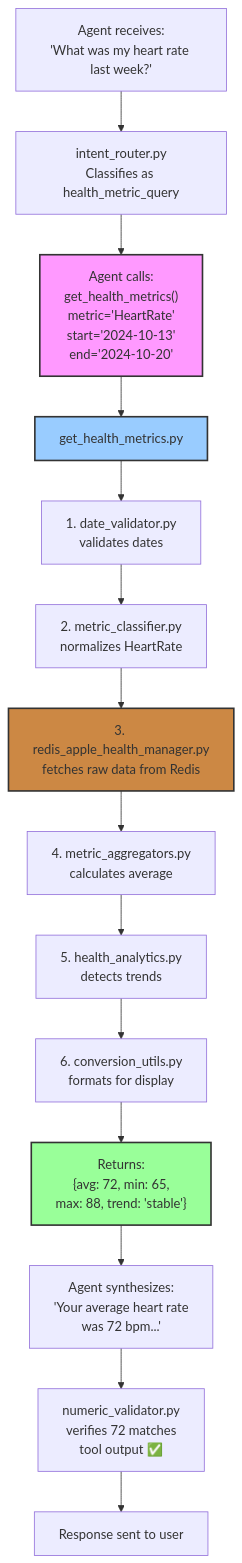
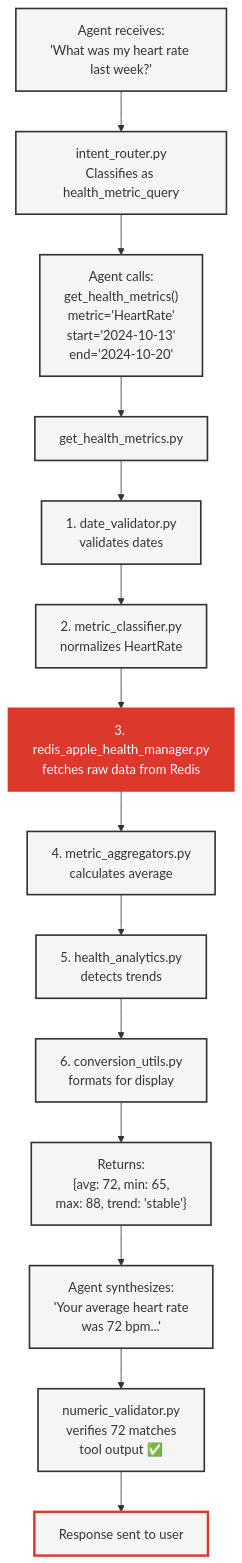
The third of 3 diagrams in docs/13_TOOLS_SERVICES_UTILS_REFERENCE.md (AllieRays/redis-wellness), drawn with Mermaid before and after one commit. The commit also changed other lines of this file and 2 other files, not shown here.

````diff
--- a/docs/13_TOOLS_SERVICES_UTILS_REFERENCE.md
+++ b/docs/13_TOOLS_SERVICES_UTILS_REFERENCE.md
@@ -219,28 +248,38 @@
 ```mermaid
 flowchart TD
     A["Agent receives:<br/>'What was my heart rate last week?'"] --> B[intent_router.py<br/>Classifies as health_metric_query]
 
     B --> C["Agent calls:<br/>get_health_metrics()<br/>metric='HeartRate'<br/>start='2024-10-13'<br/>end='2024-10-20'"]
 
     C --> D[get_health_metrics.py]
 
     D --> E1[1. date_validator.py<br/>validates dates]
     E1 --> E2[2. metric_classifier.py<br/>normalizes HeartRate]
     E2 --> E3[3. redis_apple_health_manager.py<br/>fetches raw data from Redis]
     E3 --> E4[4. metric_aggregators.py<br/>calculates average]
     E4 --> E5[5. health_analytics.py<br/>detects trends]
     E5 --> E6[6. conversion_utils.py<br/>formats for display]
 
     E6 --> F["Returns:<br/>{avg: 72, min: 65,<br/>max: 88, trend: 'stable'}"]
 
     F --> G["Agent synthesizes:<br/>'Your average heart rate<br/>was 72 bpm...'"]
 
     G --> H[numeric_validator.py<br/>verifies 72 matches<br/>tool output ✅]
 
     H --> I[Response sent to user]
 
-    style C fill:#f9f,stroke:#333,stroke-width:2px
-    style D fill:#9cf,stroke:#333,stroke-width:2px
-    style E3 fill:#c84,stroke:#333,stroke-width:2px
-    style F fill:#9f9,stroke:#333,stroke-width:2px
+    style A fill:#f5f5f5,stroke:#333,stroke-width:2px
+    style B fill:#f5f5f5,stroke:#333,stroke-width:2px
+    style C fill:#f5f5f5,stroke:#333,stroke-width:2px
+    style D fill:#f5f5f5,stroke:#333,stroke-width:2px
+    style E1 fill:#f5f5f5,stroke:#333,stroke-width:2px
+    style E2 fill:#f5f5f5,stroke:#333,stroke-width:2px
+    style E3 fill:#DC382C,stroke:#DC382C,stroke-width:2px,color:#fff
+    style E4 fill:#f5f5f5,stroke:#333,stroke-width:2px
+    style E5 fill:#f5f5f5,stroke:#333,stroke-width:2px
+    style E6 fill:#f5f5f5,stroke:#333,stroke-width:2px
+    style F fill:#f5f5f5,stroke:#333,stroke-width:2px
+    style G fill:#f5f5f5,stroke:#333,stroke-width:2px
+    style H fill:#f5f5f5,stroke:#333,stroke-width:2px
+    style I fill:#f5f5f5,stroke:#DC382C,stroke-width:3px
 ```
````
